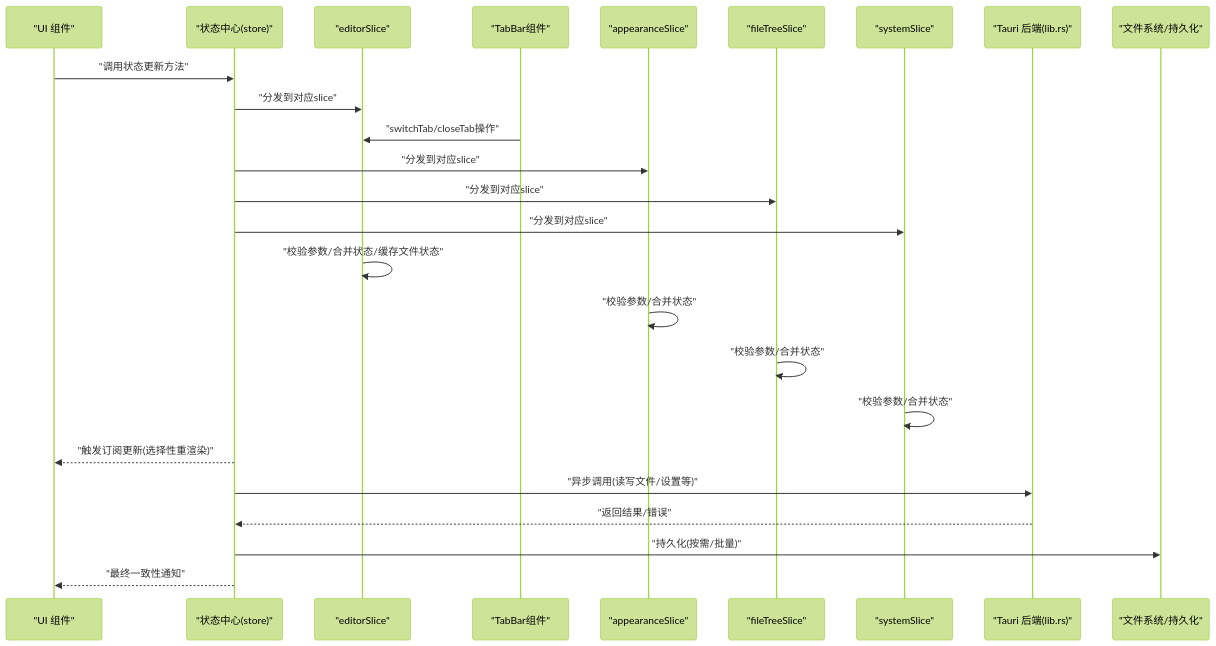
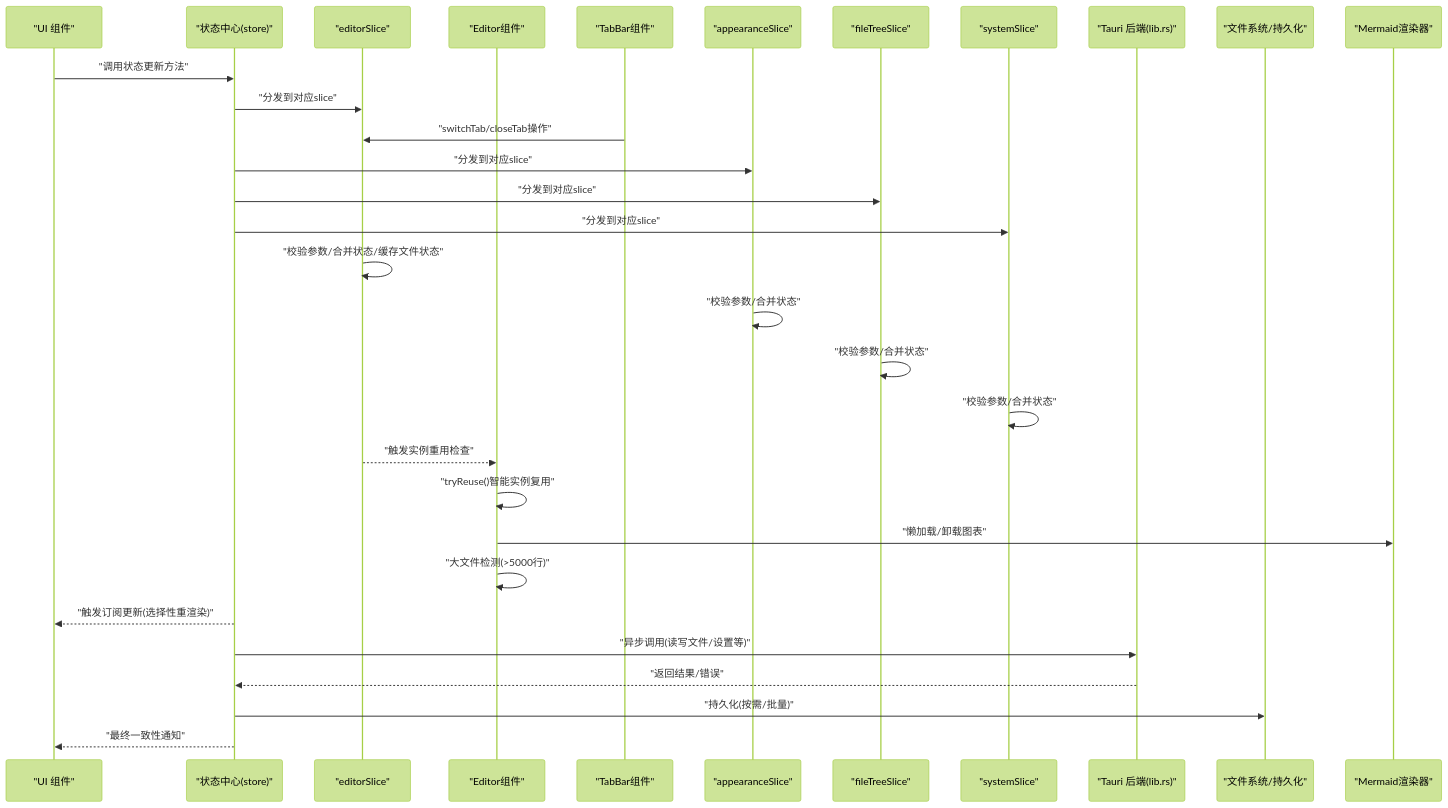
Before and after one commit to gongshiyun/ZenNote: the second of 3 diagrams in .qoder/repowiki/zh/content/状态管理.md, drawn with Mermaid (forest theme). The commit also changed other lines of this file and 38 other files, not shown here.

````diff
--- a/.qoder/repowiki/zh/content/状态管理.md
+++ b/.qoder/repowiki/zh/content/状态管理.md
@@ -150,27 +121,33 @@
 ```mermaid
 sequenceDiagram
 participant UI as "UI 组件"
 participant Store as "状态中心(store)"
 participant EditorSlice as "editorSlice"
+participant EditorComp as "Editor组件"
 participant TabBar as "TabBar组件"
 participant AppearanceSlice as "appearanceSlice"
 participant FileTreeSlice as "fileTreeSlice"
 participant SystemSlice as "systemSlice"
 participant Tauri as "Tauri 后端(lib.rs)"
 participant FS as "文件系统/持久化"
+participant Mermaid as "Mermaid渲染器"
 UI->>Store : "调用状态更新方法"
 Store->>EditorSlice : "分发到对应slice"
 TabBar->>EditorSlice : "switchTab/closeTab操作"
 Store->>AppearanceSlice : "分发到对应slice"
 Store->>FileTreeSlice : "分发到对应slice"
 Store->>SystemSlice : "分发到对应slice"
 EditorSlice->>EditorSlice : "校验参数/合并状态/缓存文件状态"
 AppearanceSlice->>AppearanceSlice : "校验参数/合并状态"
 FileTreeSlice->>FileTreeSlice : "校验参数/合并状态"
 SystemSlice->>SystemSlice : "校验参数/合并状态"
+EditorSlice-->>EditorComp : "触发实例重用检查"
+EditorComp->>EditorComp : "tryReuse()智能实例复用"
+EditorComp->>Mermaid : "懒加载/卸载图表"
+EditorComp->>EditorComp : "大文件检测(>5000行)"
 Store-->>UI : "触发订阅更新(选择性重渲染)"
 Store->>Tauri : "异步调用(读写文件/设置等)"
 Tauri-->>Store : "返回结果/错误"
 Store->>FS : "持久化(按需/批量)"
 Store-->>UI : "最终一致性通知"
 ```
````
